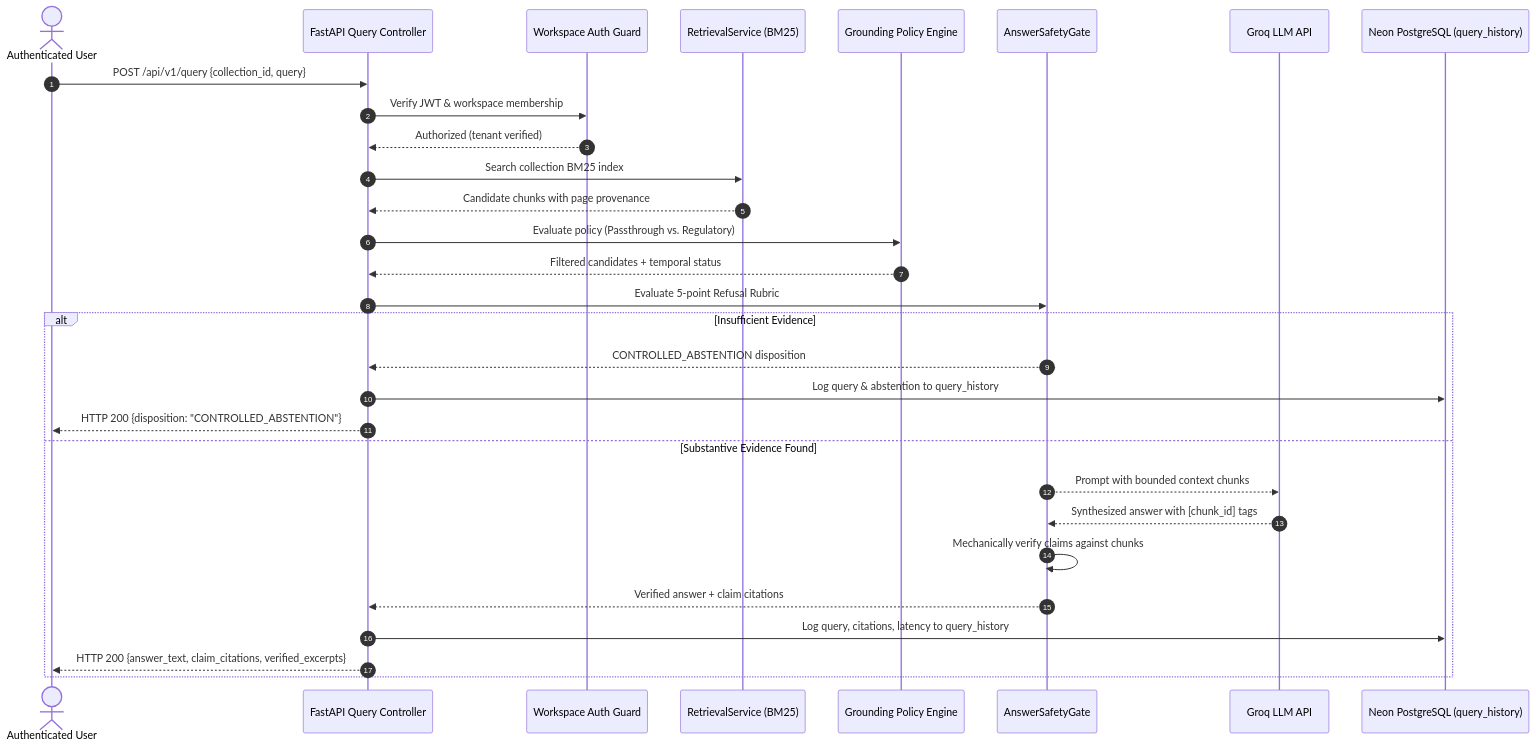
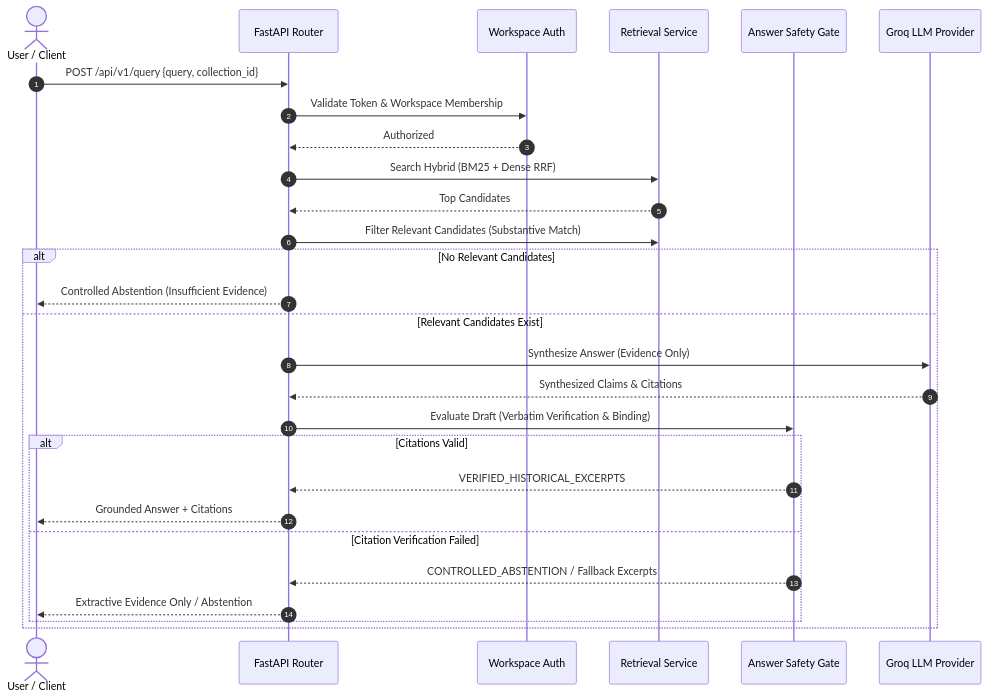
One commit to devgouravmax123/sebi-circular-rag-assistant changed the second of 2 diagrams in docs/architecture.md. Above: the diagram before and after it, drawn with Mermaid. The commit also changed other lines of this file and 132 other files, not shown here.

````diff
--- a/docs/architecture.md
+++ b/docs/architecture.md
@@ -160,33 +77,31 @@
 ```mermaid
 sequenceDiagram
     autonumber
-    actor User as Authenticated User
-    participant Web as FastAPI Query Controller
-    participant Auth as Workspace Auth Guard
-    participant Ret as RetrievalService (BM25)
-    participant Policy as Grounding Policy Engine
-    participant Gate as AnswerSafetyGate
-    participant Groq as Groq LLM API
-    participant DB as Neon PostgreSQL (query_history)
+    actor User as User / Client
+    participant API as FastAPI Router
+    participant Auth as Workspace Auth
+    participant Ret as Retrieval Service
+    participant Gate as Answer Safety Gate
+    participant Groq as Groq LLM Provider
 
-    User->>Web: POST /api/v1/query {collection_id, query}
-    Web->>Auth: Verify JWT & workspace membership
-    Auth-->>Web: Authorized (tenant verified)
-    Web->>Ret: Search collection BM25 index
-    Ret-->>Web: Candidate chunks with page provenance
-    Web->>Policy: Evaluate policy (Passthrough vs. Regulatory)
-    Policy-->>Web: Filtered candidates + temporal status
-    Web->>Gate: Evaluate 5-point Refusal Rubric
-    alt Insufficient Evidence
-        Gate-->>Web: CONTROLLED_ABSTENTION disposition
-        Web->>DB: Log query & abstention to query_history
-        Web-->>User: HTTP 200 {disposition: "CONTROLLED_ABSTENTION"}
-    else Substantive Evidence Found
-        Gate-->>Groq: Prompt with bounded context chunks
-        Groq-->>Gate: Synthesized answer with [chunk_id] tags
-        Gate->>Gate: Mechanically verify claims against chunks
-        Gate-->>Web: Verified answer + claim citations
-        Web->>DB: Log query, citations, latency to query_history
-        Web-->>User: HTTP 200 {answer_text, claim_citations, verified_excerpts}
+    User->>API: POST /api/v1/query {query, collection_id}
+    API->>Auth: Validate Token & Workspace Membership
+    Auth-->>API: Authorized
+    API->>Ret: Search Hybrid (BM25 + Dense RRF)
+    Ret-->>API: Top Candidates
+    API->>Ret: Filter Relevant Candidates (Substantive Match)
+    alt No Relevant Candidates
+        API-->>User: Controlled Abstention (Insufficient Evidence)
+    else Relevant Candidates Exist
+        API->>Groq: Synthesize Answer (Evidence Only)
+        Groq-->>API: Synthesized Claims & Citations
+        API->>Gate: Evaluate Draft (Verbatim Verification & Binding)
+        alt Citations Valid
+            Gate-->>API: VERIFIED_HISTORICAL_EXCERPTS
+            API-->>User: Grounded Answer + Citations
+        else Citation Verification Failed
+            Gate-->>API: CONTROLLED_ABSTENTION / Fallback Excerpts
+            API-->>User: Extractive Evidence Only / Abstention
+        end
     end
 ```
````
